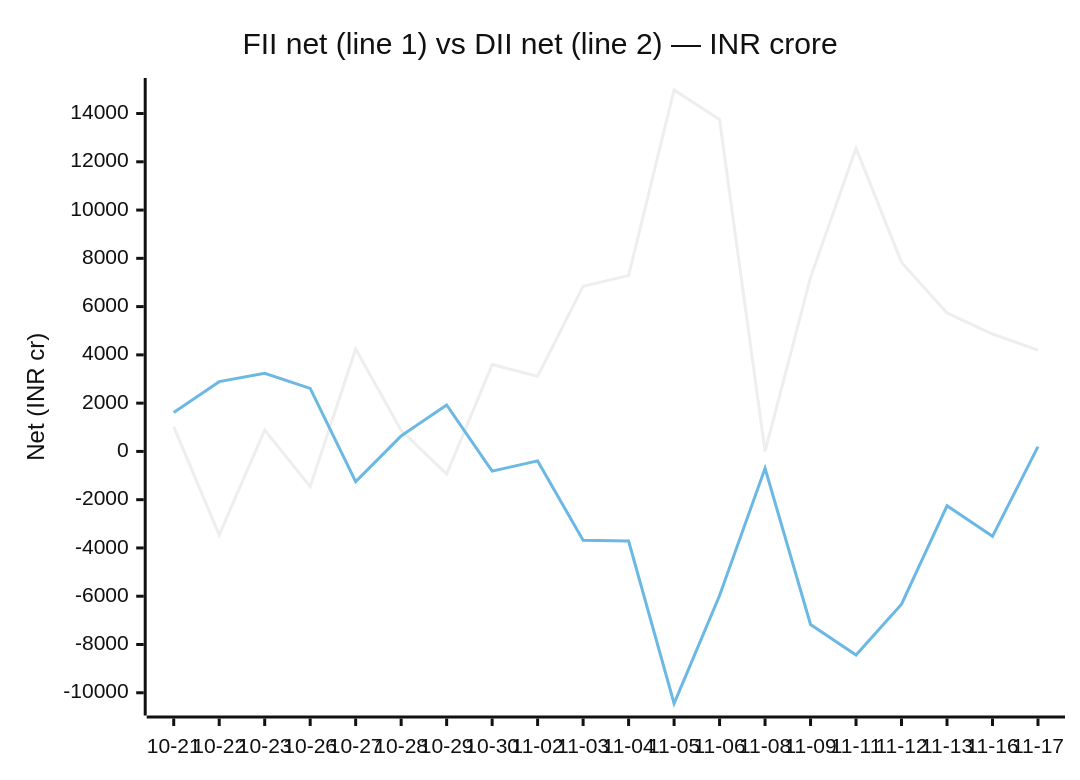
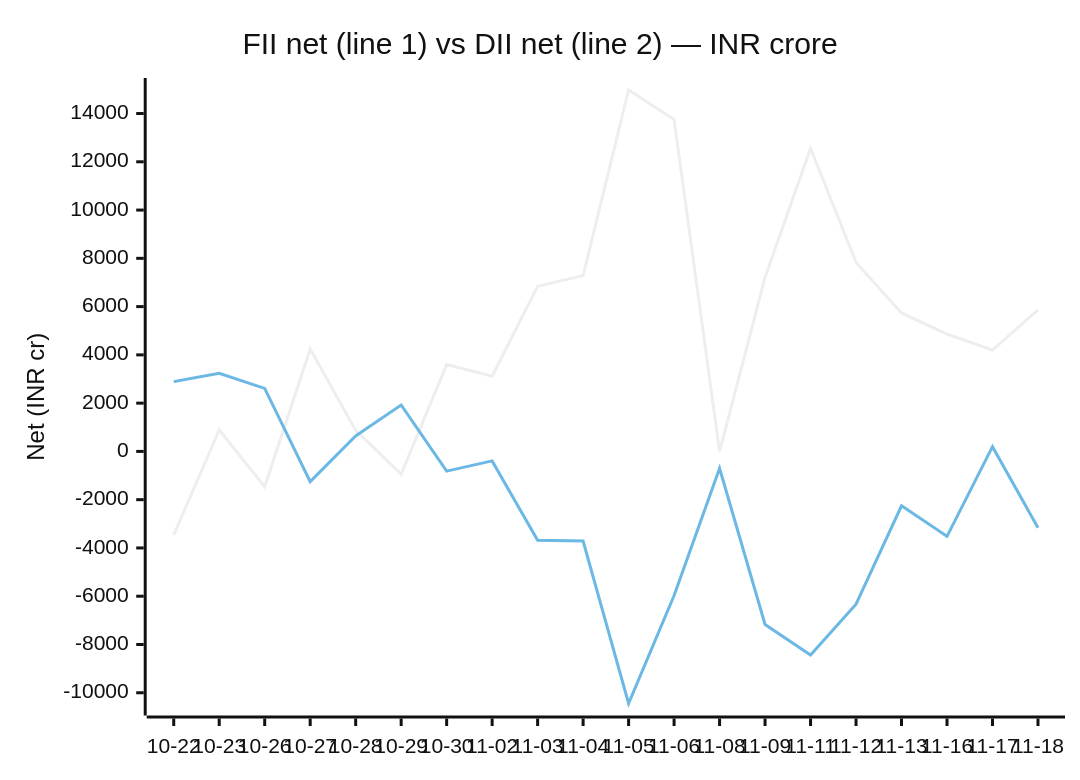
Before and after one commit to chirag127/fii-dii-activity-api: the second of 2 diagrams in README.md, drawn with Mermaid (neutral theme). The commit also changed other lines of this file and 5 other files, not shown here.

````diff
--- a/README.md
+++ b/README.md
@@ -53,8 +53,8 @@
 ```mermaid
 xychart-beta
     title "FII net (line 1) vs DII net (line 2) — INR crore"
-    x-axis ["10-21", "10-22", "10-23", "10-26", "10-27", "10-28", "10-29", "10-30", "11-02", "11-03", "11-04", "11-05", "11-06", "11-08", "11-09", "11-11", "11-12", "11-13", "11-16", "11-17"]
+    x-axis ["10-22", "10-23", "10-26", "10-27", "10-28", "10-29", "10-30", "11-02", "11-03", "11-04", "11-05", "11-06", "11-08", "11-09", "11-11", "11-12", "11-13", "11-16", "11-17", "11-18"]
     y-axis "Net (INR cr)" -10445 --> 14975
-    line [1022.32, -3458.7, 887.65, -1462.49, 4240.39, 871.83, -943.6, 3598.54, 3114.68, 6836.81, 7284.03, 14974.68, 13749.82, -0.25, 7212.22, 12563.33, 7830.6, 5736.55, 4864.68, 4195.38]
-    line [1614.32, 2891.32, 3235.36, 2609.57, -1250.03, 643.35, 1924.41, -817.51, -392.2, -3678.85, -3712.23, -10444.54, -5968.7, -700.31, -7172.53, -8434.53, -6331.17, -2253.58, -3519.05, 196.93]
+    line [-3458.7, 887.65, -1462.49, 4240.39, 871.83, -943.6, 3598.54, 3114.68, 6836.81, 7284.03, 14974.68, 13749.82, -0.25, 7212.22, 12563.33, 7830.6, 5736.55, 4864.68, 4195.38, 5866.78]
+    line [2891.32, 3235.36, 2609.57, -1250.03, 643.35, 1924.41, -817.51, -392.2, -3678.85, -3712.23, -10444.54, -5968.7, -700.31, -7172.53, -8434.53, -6331.17, -2253.58, -3519.05, 196.93, -3159.9]
 ```
````
